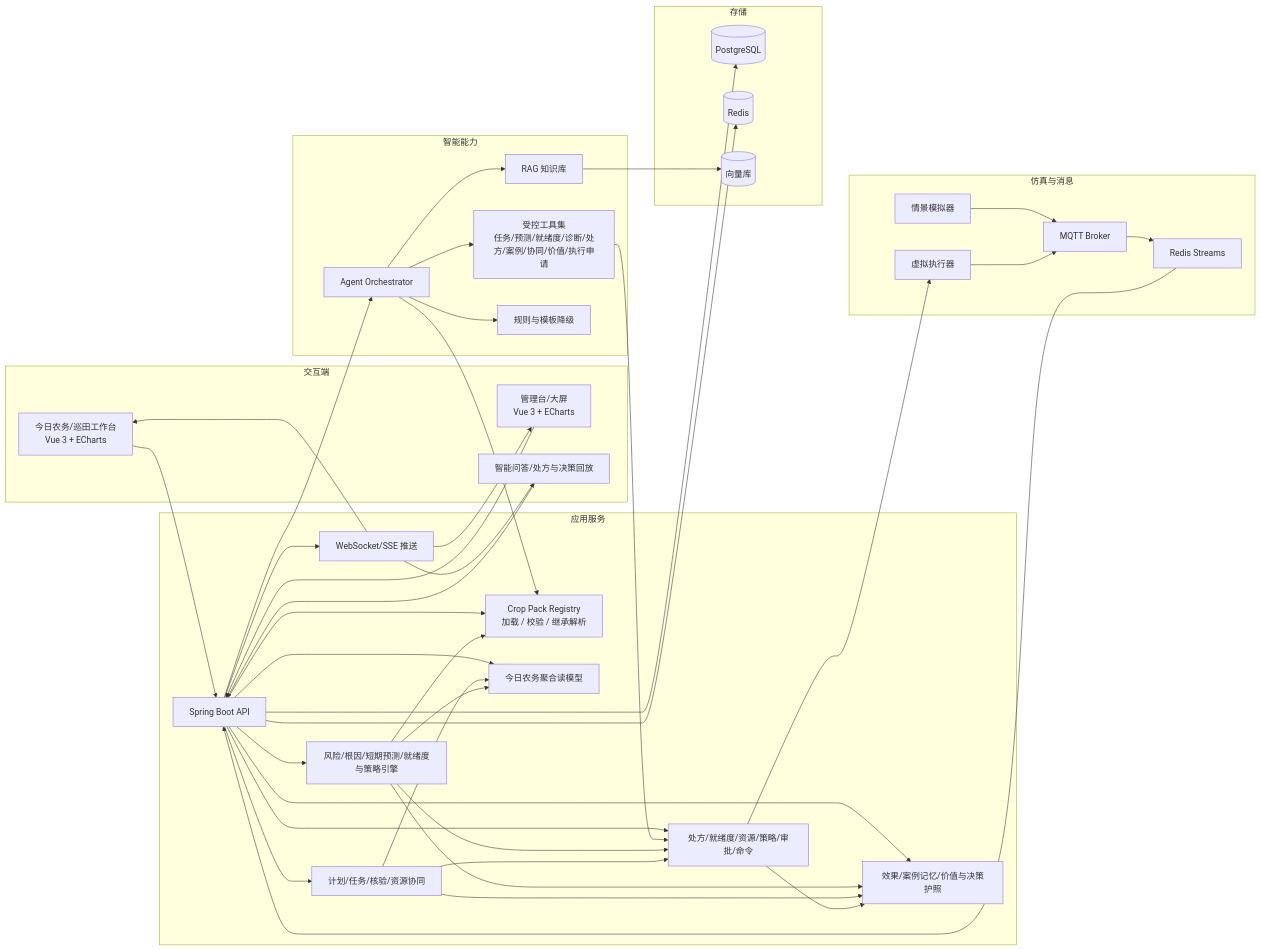
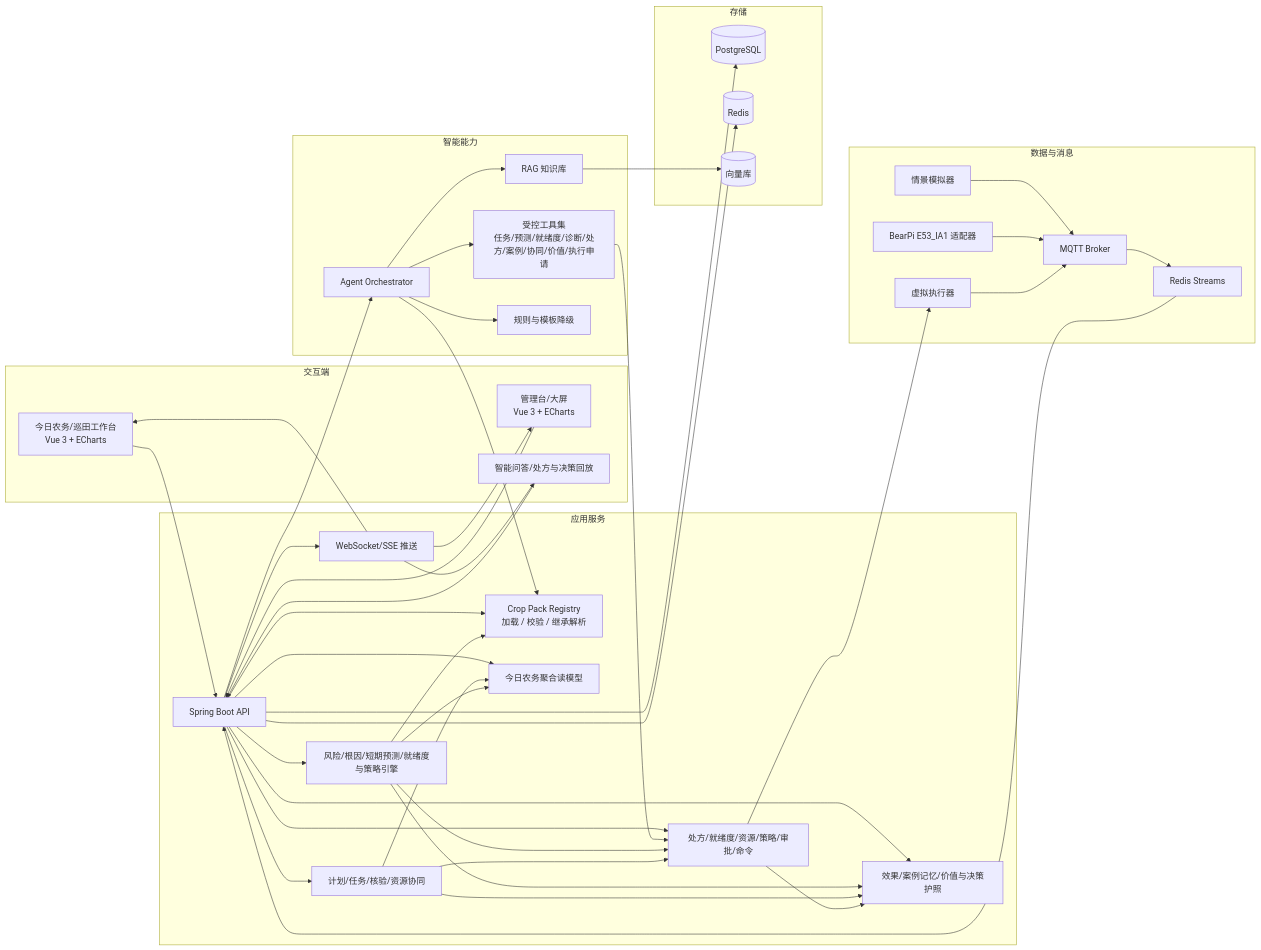
The first of 5 diagrams in 03_智慧农业_技术架构.md (FlowerNeverFade/smart-agriculture), drawn with Mermaid before and after one commit. The commit also changed other lines of this file and 19 other files, not shown here.

````diff
--- a/03_智慧农业_技术架构.md
+++ b/03_智慧农业_技术架构.md
@@ -45,67 +45,69 @@
 ```mermaid
 flowchart LR
     subgraph Client[交互端]
       H5[今日农务/巡田工作台\nVue 3 + ECharts]
       OPS[管理台/大屏\nVue 3 + ECharts]
       CHAT[智能问答/处方与决策回放]
     end
     subgraph App[应用服务]
       API[Spring Boot API]
       CROP[Crop Pack Registry\n加载 / 校验 / 继承解析]
       RULE[风险/根因/短期预测/就绪度与策略引擎]
       JOB[计划/任务/核验/资源协同]
       READ[今日农务聚合读模型]
       CMD[处方/就绪度/资源/策略/审批/命令]
       AUDIT[效果/案例记忆/价值与决策护照]
       PUSH[WebSocket/SSE 推送]
     end
     subgraph AI[智能能力]
       ORCH[Agent Orchestrator]
       RAG[RAG 知识库]
       TOOLS[受控工具集\n任务/预测/就绪度/诊断/处方/案例/协同/价值/执行申请]
       FALLBACK[规则与模板降级]
     end
-    subgraph Sim[仿真与消息]
+    subgraph Sim[数据与消息]
       RUNNER[情景模拟器]
+      HW[BearPi E53_IA1 适配器]
       MQTT[MQTT Broker]
       STREAM[Redis Streams]
       VDEV[虚拟执行器]
     end
     subgraph Store[存储]
       PG[(PostgreSQL)]
       REDIS[(Redis)]
       VECTOR[(向量库)]
     end
     H5 --> API
     OPS --> API
     CHAT --> API
     API --> CROP
     API --> PUSH
     API --> RULE
     API --> ORCH
     API --> JOB
     API --> READ
     API --> CMD
     API --> AUDIT
     JOB --> READ
     RULE --> READ
     RULE --> AUDIT
     JOB --> AUDIT
     ORCH --> RAG
     ORCH --> TOOLS
     TOOLS --> CMD
     ORCH --> FALLBACK
     ORCH --> CROP
     RULE --> CROP
     RULE --> CMD
     JOB --> CMD
     CMD --> AUDIT
     RUNNER --> MQTT --> STREAM --> API
+    HW --> MQTT
     CMD --> VDEV --> MQTT
     API --> PG
     API --> REDIS
     RAG --> VECTOR
     PUSH --> H5
     PUSH --> OPS
     PUSH --> CHAT
 ```
````
